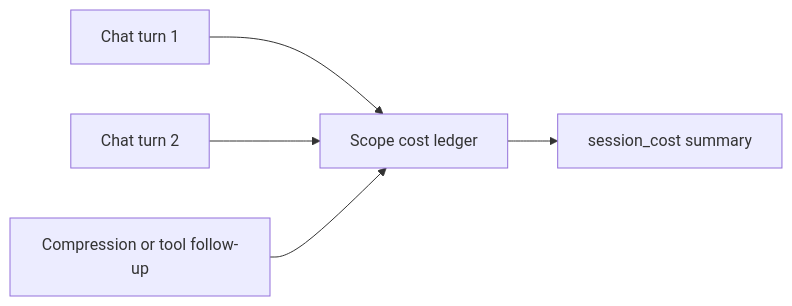
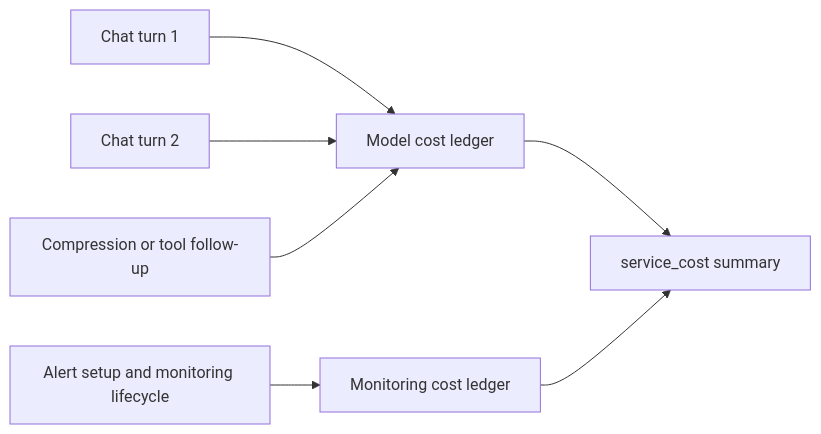
The fourth of 4 diagrams in api-reference/agent.mdx (FajarArrizki/docs), drawn with Mermaid before and after one commit. The commit also changed other lines of this file and 20 other files, not shown here.

Commit message:
Feat: rabit backend add service cost

````diff
--- a/api-reference/agent.mdx
+++ b/api-reference/agent.mdx
@@ -193,7 +199,9 @@
 ```mermaid
 flowchart LR
-    A[Chat turn 1] --> D[Scope cost ledger]
+    A[Chat turn 1] --> D[Model cost ledger]
     B[Chat turn 2] --> D
     C[Compression or tool follow-up] --> D
-    D --> E[session_cost summary]
+    E[Alert setup and monitoring lifecycle] --> F[Monitoring cost ledger]
+    D --> G[service_cost summary]
+    F --> G
 ```
````
